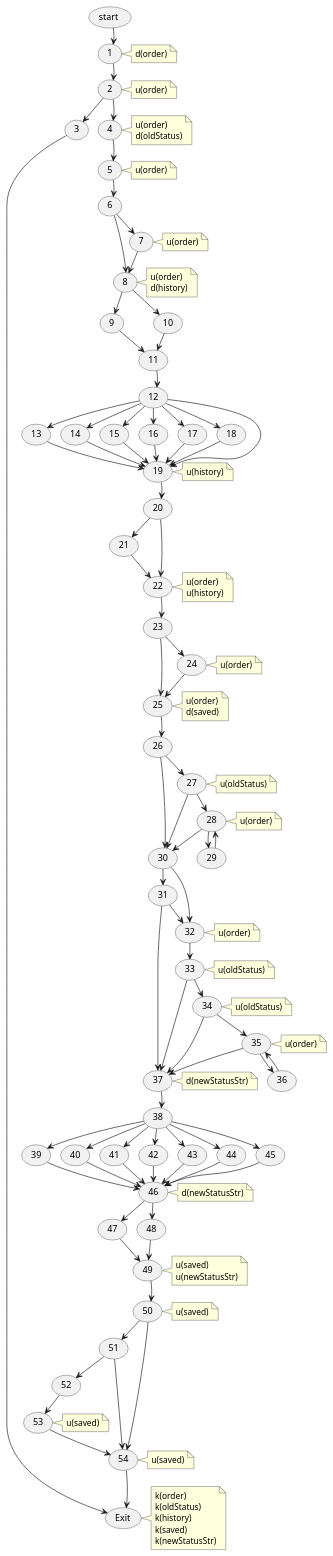
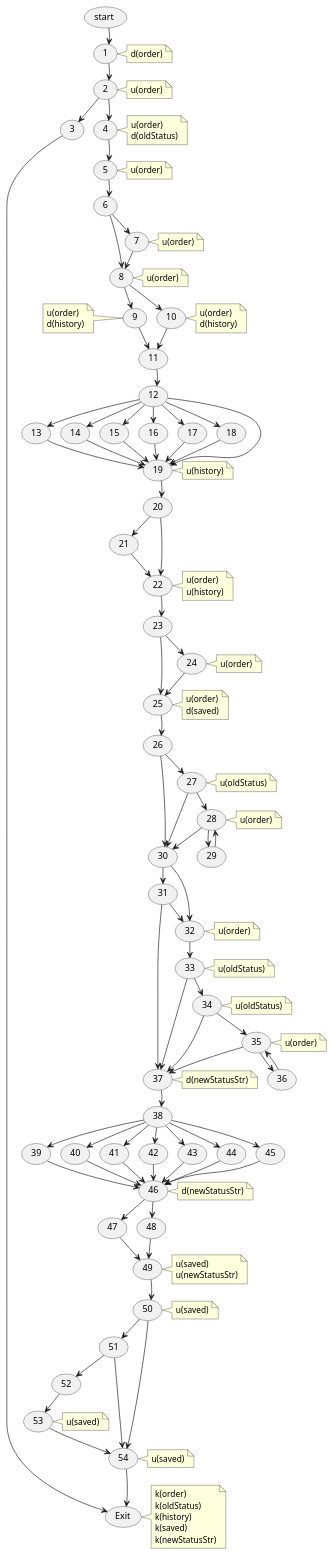
The diagram in docs/white_box_testing/updateOrderStatus/05_data_flow_graph.puml (chuonghoai/MarketPlace), drawn with PlantUML before and after one commit. The commit also changed 1 other file, not shown here.

Commit message:
fixL fix loss d and u at node 9, 10 of update order status

```diff
--- a/docs/white_box_testing/updateOrderStatus/05_data_flow_graph.puml
+++ b/docs/white_box_testing/updateOrderStatus/05_data_flow_graph.puml
@@ -16,9 +16,11 @@
 usecase "7" as n7
 note right of n7 : u(order)
 usecase "8" as n8
-note right of n8 : u(order)\nd(history)
+note right of n8 : u(order)
 usecase "9" as n9
+note left of n9 : u(order)\nd(history)
 usecase "10" as n10
+note right of n10 : u(order)\nd(history)
 usecase "11" as n11
 usecase "12" as n12
 usecase "13" as n13
```
